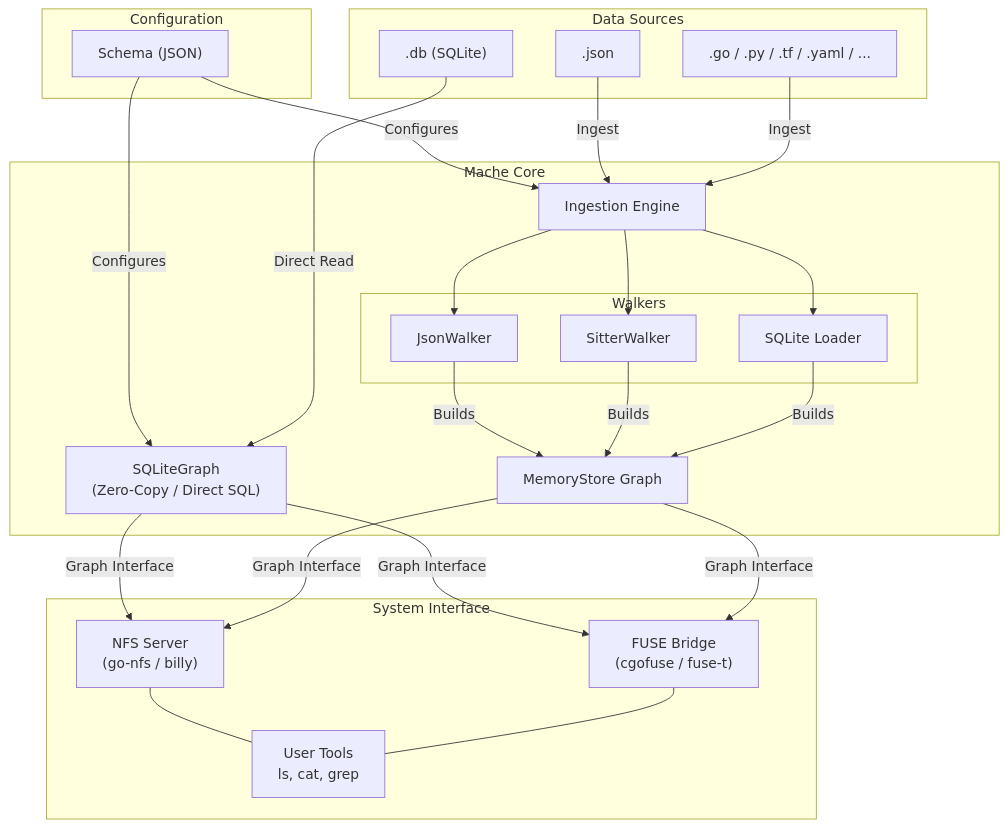
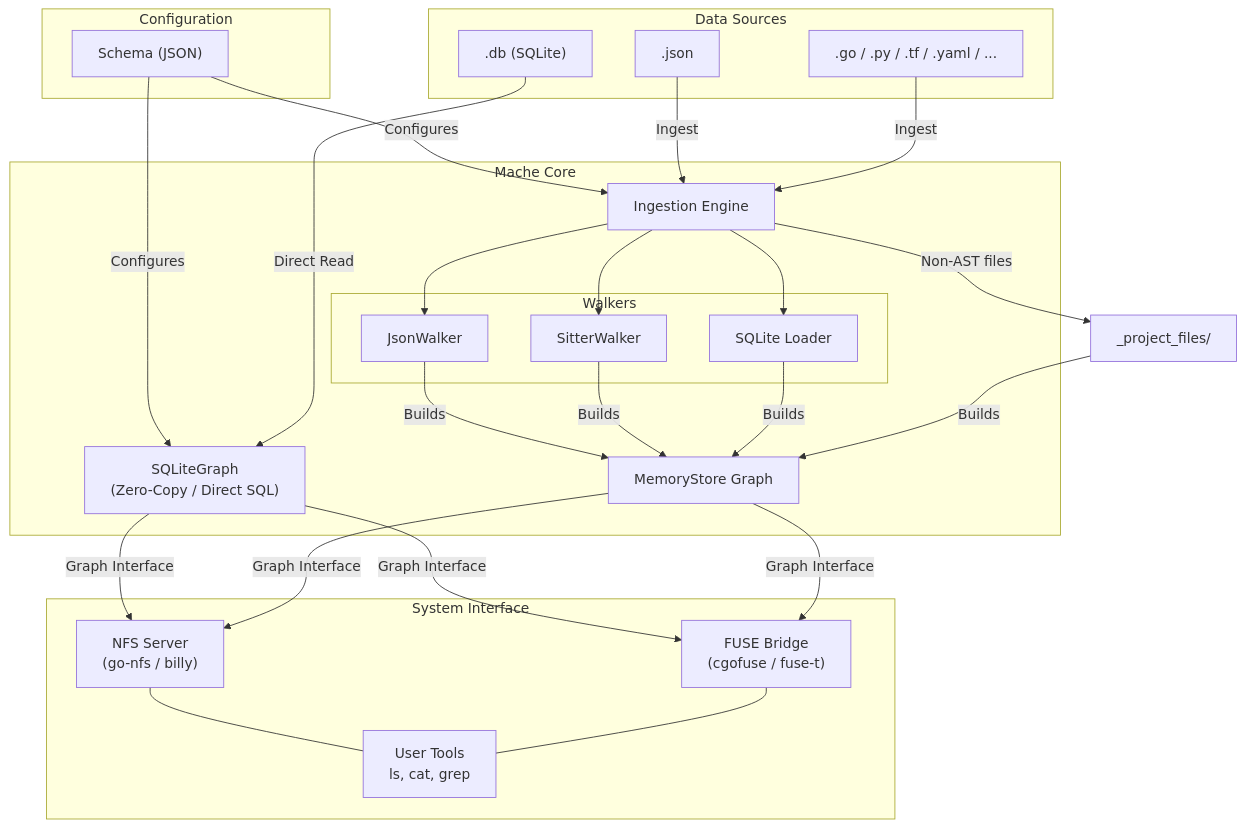
Before and after one commit to agentic-research/mache: the diagram in docs/ARCHITECTURE.md, drawn with Mermaid. The commit also changed other lines of this file and 2 other files, not shown here.

First line of the commit message:
docs: Update README, ARCHITECTURE, and add Prior Art landscape analysis (#43)

````diff
--- a/docs/ARCHITECTURE.md
+++ b/docs/ARCHITECTURE.md
@@ -5,54 +5,56 @@
 ```mermaid
 graph TD
     subgraph Configuration
         Schema["Schema (JSON)"]
     end
 
     subgraph "Data Sources"
         SQLiteFile[".db (SQLite)"]
         FlatFile[".json"]
         SourceCode[".go / .py / .tf / .yaml / ..."]
     end
 
     subgraph "Mache Core"
         SQLiteGraph["SQLiteGraph<br/>(Zero-Copy / Direct SQL)"]
         Engine[Ingestion Engine]
 
         subgraph "Walkers"
             JW[JsonWalker]
             SW[SitterWalker]
             SL[SQLite Loader]
         end
 
         MemoryStore["MemoryStore Graph"]
     end
 
     subgraph "System Interface"
         NFS["NFS Server<br/>(go-nfs / billy)"]
         FUSE["FUSE Bridge<br/>(cgofuse / fuse-t)"]
         Tools["User Tools<br/>ls, cat, grep"]
     end
 
     Schema -->|Configures| SQLiteGraph
     Schema -->|Configures| Engine
 
     SQLiteFile -->|Direct Read| SQLiteGraph
     FlatFile -->|Ingest| Engine
     SourceCode -->|Ingest| Engine
 
     Engine --> JW
     Engine --> SW
     Engine --> SL
 
     JW -->|Builds| MemoryStore
     SW -->|Builds| MemoryStore
     SL -->|Builds| MemoryStore
+    Engine -->|"Non-AST files"| ProjectFiles["_project_files/"]
+    ProjectFiles -->|Builds| MemoryStore
 
     SQLiteGraph -->|Graph Interface| NFS
     MemoryStore -->|Graph Interface| NFS
     SQLiteGraph -->|Graph Interface| FUSE
     MemoryStore -->|Graph Interface| FUSE
 
     NFS --- Tools
     FUSE --- Tools
 ```
````
